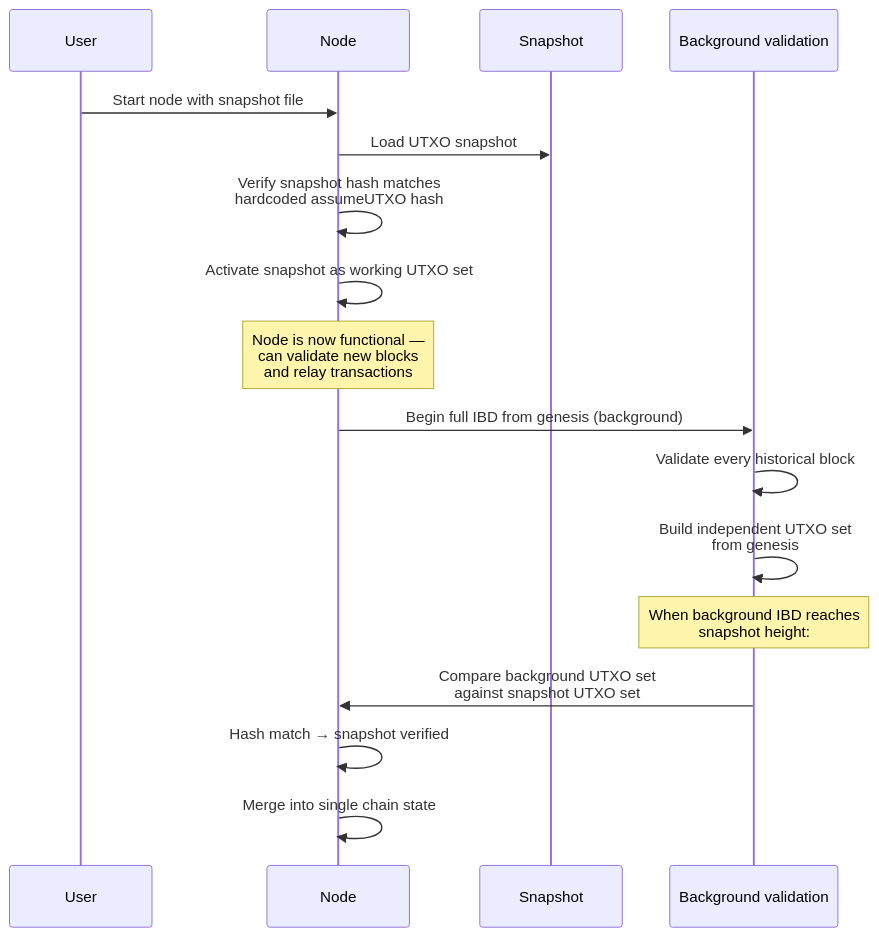
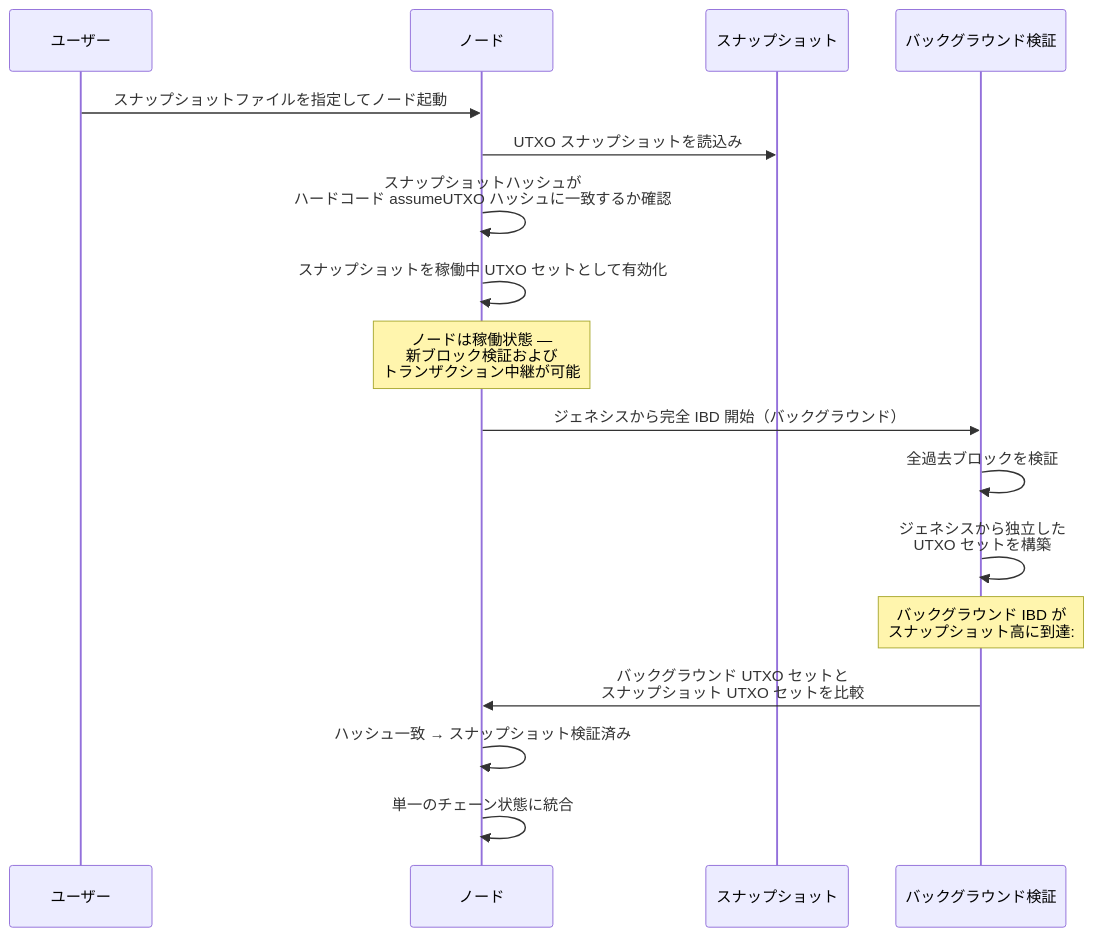
The seventh of 7 diagrams in src/data/translations/ja/design/2009-01-03-bitcoin-storage-design.md (cypher256/BitcoinArchive), drawn with Mermaid before and after one commit. The commit also changed other lines of this file and 11 other files, not shown here.

````diff
--- a/src/data/translations/ja/design/2009-01-03-bitcoin-storage-design.md
+++ b/src/data/translations/ja/design/2009-01-03-bitcoin-storage-design.md
@@ -269,24 +269,24 @@
 ```mermaid
 sequenceDiagram
-    participant U as User
-    participant N as Node
-    participant S as Snapshot
-    participant BG as Background validation
+    participant U as ユーザー
+    participant N as ノード
+    participant S as スナップショット
+    participant BG as バックグラウンド検証
 
-    U->>N: Start node with snapshot file
-    N->>S: Load UTXO snapshot
-    N->>N: Verify snapshot hash matches<br/>hardcoded assumeUTXO hash
-    N->>N: Activate snapshot as working UTXO set
+    U->>N: スナップショットファイルを指定してノード起動
+    N->>S: UTXO スナップショットを読込み
+    N->>N: スナップショットハッシュが<br/>ハードコード assumeUTXO ハッシュに一致するか確認
+    N->>N: スナップショットを稼働中 UTXO セットとして有効化
 
-    Note over N: Node is now functional —<br/>can validate new blocks<br/>and relay transactions
+    Note over N: ノードは稼働状態 —<br/>新ブロック検証および<br/>トランザクション中継が可能
 
-    N->>BG: Begin full IBD from genesis (background)
-    BG->>BG: Validate every historical block
-    BG->>BG: Build independent UTXO set<br/>from genesis
+    N->>BG: ジェネシスから完全 IBD 開始（バックグラウンド）
+    BG->>BG: 全過去ブロックを検証
+    BG->>BG: ジェネシスから独立した<br/>UTXO セットを構築
 
-    Note over BG: When background IBD reaches<br/>snapshot height:
+    Note over BG: バックグラウンド IBD が<br/>スナップショット高に到達:
 
-    BG->>N: Compare background UTXO set<br/>against snapshot UTXO set
-    N->>N: Hash match → snapshot verified
-    N->>N: Merge into single chain state
+    BG->>N: バックグラウンド UTXO セットと<br/>スナップショット UTXO セットを比較
+    N->>N: ハッシュ一致 → スナップショット検証済み
+    N->>N: 単一のチェーン状態に統合
 ```
````
